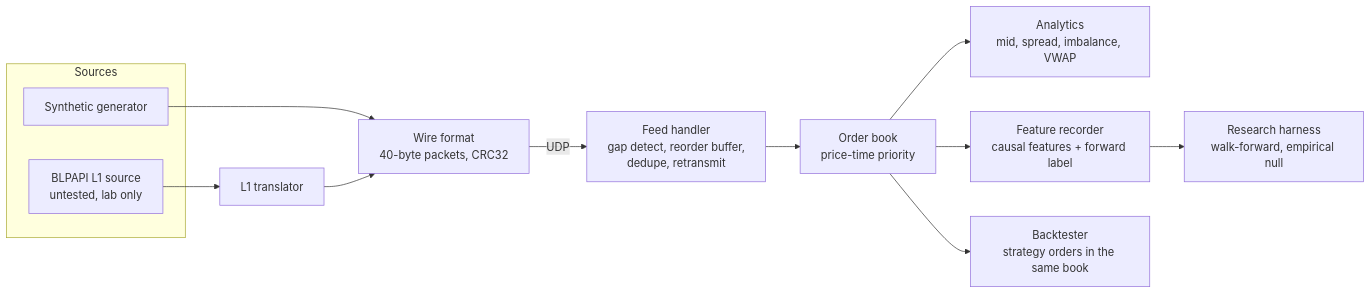
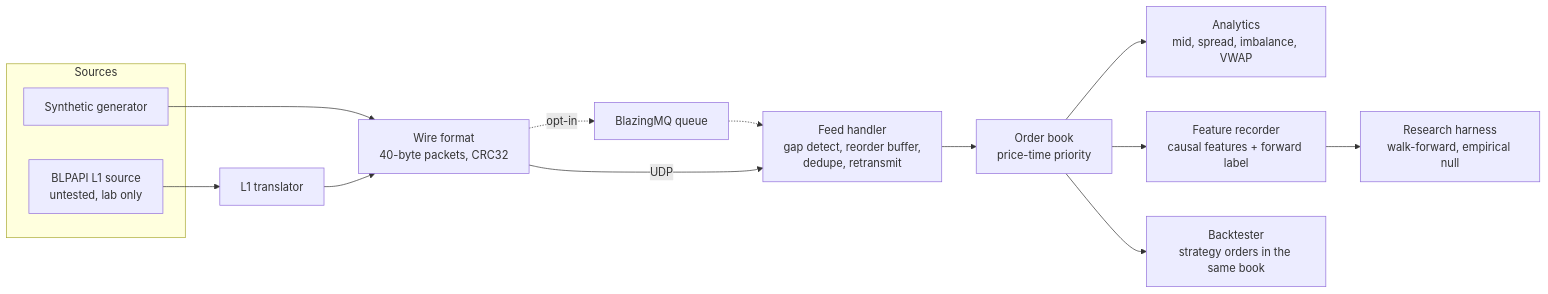
One commit to Syntax-terror404/Claude- changed the diagram in README.md. Above: the diagram before and after it, drawn with Mermaid. The commit also changed other lines of this file and 4 other files, not shown here.

````diff
--- a/README.md
+++ b/README.md
@@ -8,16 +8,18 @@
 ```mermaid
 flowchart LR
   subgraph Sources
     S1[Synthetic generator]
     S2[BLPAPI L1 source<br/>untested, lab only]
   end
   S1 --> W[Wire format<br/>40-byte packets, CRC32]
+  W -.->|opt-in| Q[BlazingMQ queue]
+  Q -.-> H
   S2 --> T[L1 translator]
   T --> W
   W -->|UDP| H[Feed handler<br/>gap detect, reorder buffer,<br/>dedupe, retransmit]
   H --> B[Order book<br/>price-time priority]
   B --> A[Analytics<br/>mid, spread, imbalance, VWAP]
   B --> F[Feature recorder<br/>causal features + forward label]
   F --> R[Research harness<br/>walk-forward, empirical null]
   B --> K[Backtester<br/>strategy orders in the same book]
 ```
````
